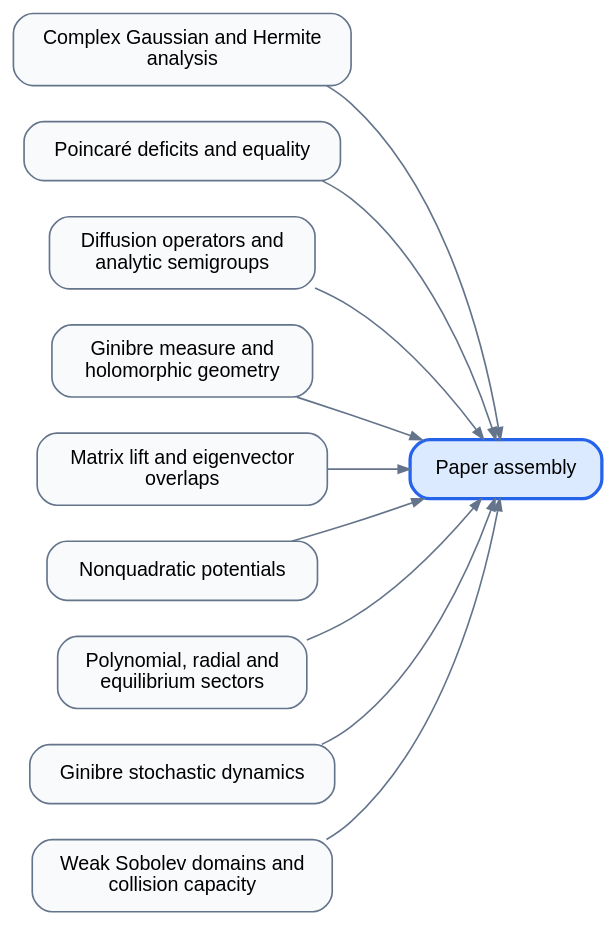
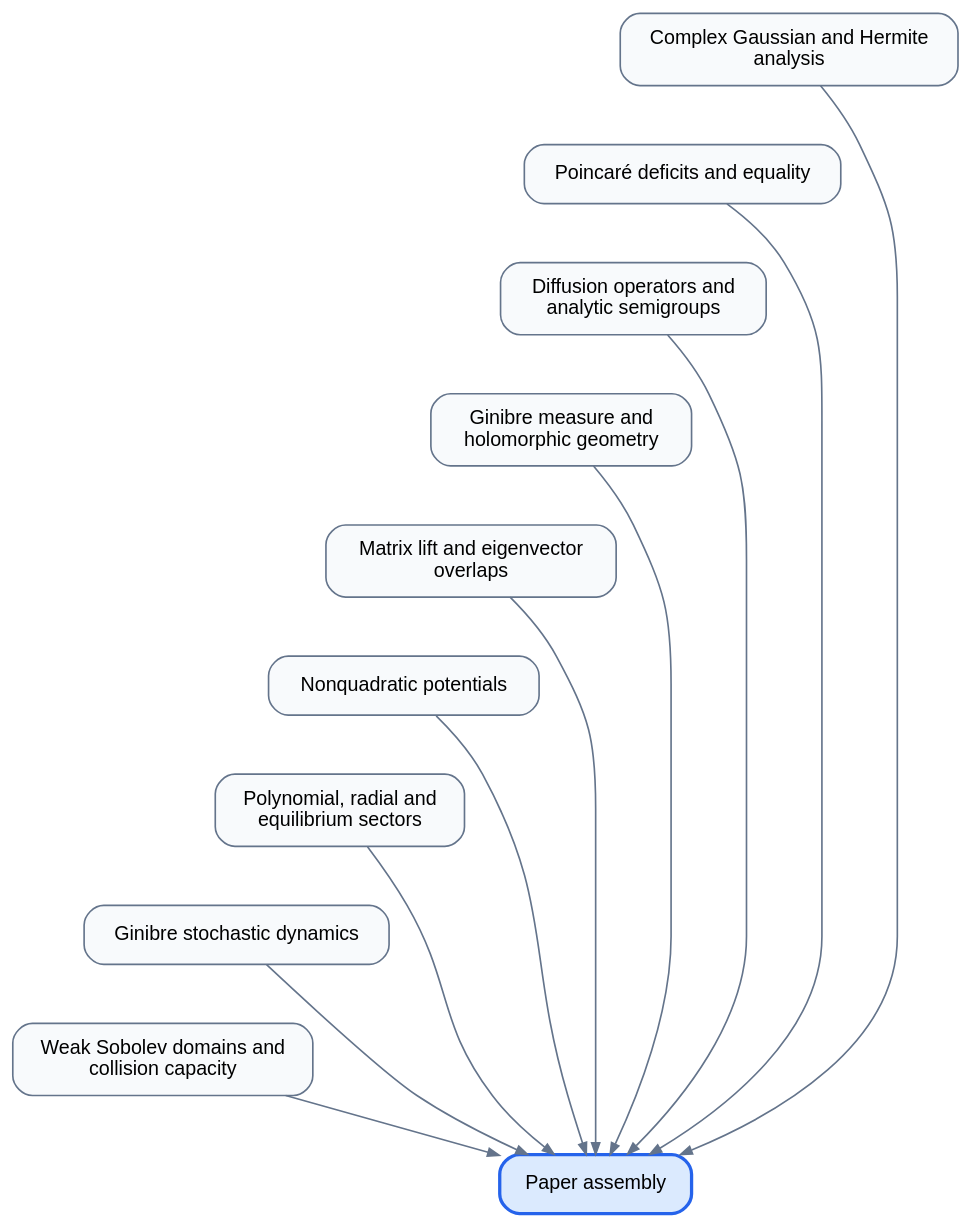
Before and after one commit to djalilchafai/ginibre-poincare: the diagram in diagrams/Endgame.dot, drawn with Graphviz. The commit also changed 44 other files, not shown here.

Commit message:
Make dependency diagrams vertical and add GitHub Pages deployment

```diff
--- a/diagrams/Endgame.dot
+++ b/diagrams/Endgame.dot
@@ -1,25 +1,33 @@
 digraph dependencies {
-rankdir=LR;
+rankdir=TB;
 graph [bgcolor="transparent", pad="0.3", nodesep="0.3"];
 node [shape=box, style="rounded,filled", fillcolor="#f8fafc", color="#64748b", fontname="sans-serif", fontsize=12, margin="0.18,0.12"];
 edge [color="#64748b", arrowsize=0.7];
 ComplexGaussianHermite [label="Complex Gaussian and Hermite\nanalysis"];
 DeficitsEquality [label="Poincaré deficits and equality"];
 GeneratorSemigroup [label="Diffusion operators and\nanalytic semigroups"];
 GinibreMeasureGeometry [label="Ginibre measure and\nholomorphic geometry"];
 MatrixLift [label="Matrix lift and eigenvector\noverlaps"];
 NonQuadratic [label="Nonquadratic potentials"];
 PolynomialRadial [label="Polynomial, radial and\nequilibrium sectors"];
 StochasticDynamics [label="Ginibre stochastic dynamics"];
 WeakSobolev [label="Weak Sobolev domains and\ncollision capacity"];
 Endgame [label="Paper assembly", fillcolor="#dbeafe", color="#2563eb", penwidth=2];
 ComplexGaussianHermite -> Endgame;
 DeficitsEquality -> Endgame;
 GeneratorSemigroup -> Endgame;
 GinibreMeasureGeometry -> Endgame;
 MatrixLift -> Endgame;
 NonQuadratic -> Endgame;
 PolynomialRadial -> Endgame;
 StochasticDynamics -> Endgame;
 WeakSobolev -> Endgame;
+ComplexGaussianHermite -> DeficitsEquality [style=invis];
+DeficitsEquality -> GeneratorSemigroup [style=invis];
+GeneratorSemigroup -> GinibreMeasureGeometry [style=invis];
+GinibreMeasureGeometry -> MatrixLift [style=invis];
+MatrixLift -> NonQuadratic [style=invis];
+NonQuadratic -> PolynomialRadial [style=invis];
+PolynomialRadial -> StochasticDynamics [style=invis];
+StochasticDynamics -> WeakSobolev [style=invis];
 }
```
